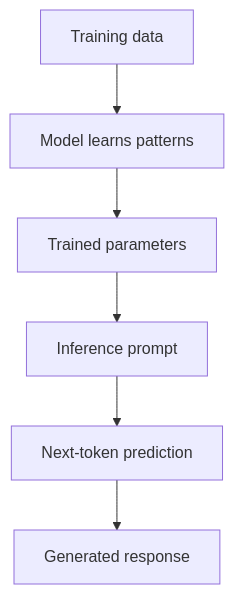
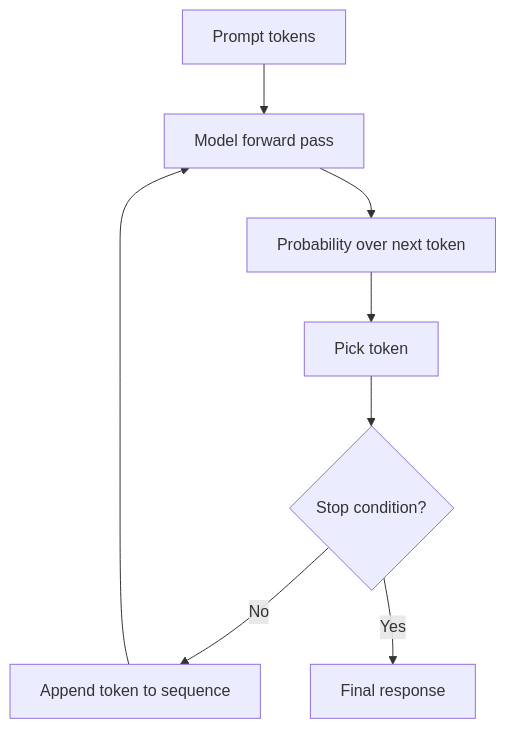
The second of 12 diagrams in day_02/day_02_how_large_language_models_work.md (Asabeneh/30-Days-Of-AI-Engineering), drawn with Mermaid before and after one commit. The commit also changed other lines of this file and 49 other files, not shown here.

````diff
--- a/day_02/day_02_how_large_language_models_work.md
+++ b/day_02/day_02_how_large_language_models_work.md
@@ -131,8 +111,10 @@
 ```mermaid
 flowchart TD
-        A[Training data] --> B[Model learns patterns]
-        B --> C[Trained parameters]
-        C --> D[Inference prompt]
-        D --> E[Next-token prediction]
-        E --> F[Generated response]
+    A[Prompt tokens] --> B[Model forward pass]
+    B --> C[Probability over next token]
+    C --> D[Pick token]
+    D --> E{Stop condition?}
+    E -- No --> F[Append token to sequence]
+    F --> B
+    E -- Yes --> G[Final response]
 ```
````
